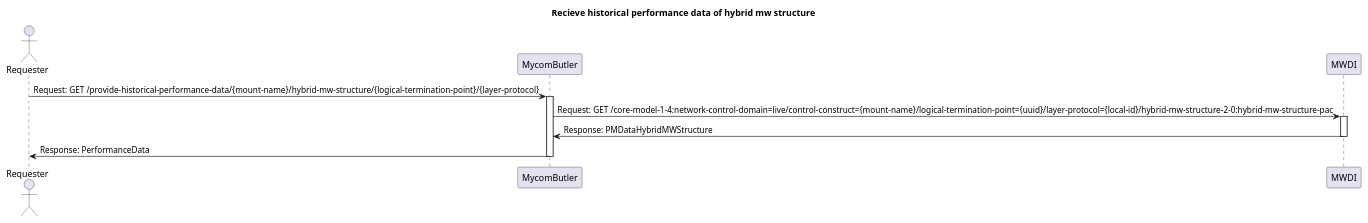
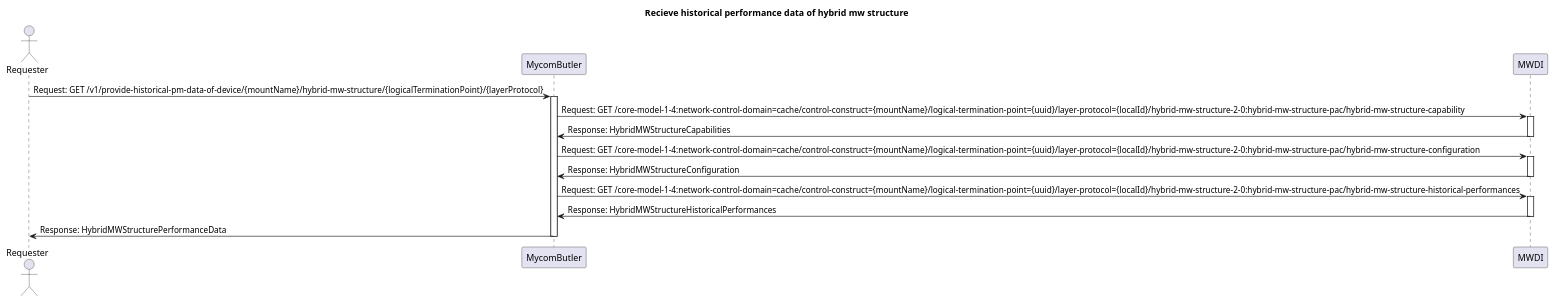
The diagram in spec/diagrams/historical-performance-data-hybrid-mw-structure.plantuml (openBackhaul/MycomButler), drawn with PlantUML before and after one commit. The commit also changed 5 other files, not shown here.

Commit message:
Update seq. diagram to new mwdi endpoints

```diff
--- a/spec/diagrams/historical-performance-data-hybrid-mw-structure.plantuml
+++ b/spec/diagrams/historical-performance-data-hybrid-mw-structure.plantuml
@@ -1,21 +1,30 @@
 @startuml Recieve_PM_data_hybrid_mw_structure
 title "Recieve historical performance data of hybrid mw structure"
 
 actor Requester
 participant MycomButler
 participant MWDI
 
-Requester -> MycomButler: Request: GET /provide-historical-performance-data/{mount-name}/hybrid-mw-structure/{logical-termination-point}/{layer-protocol}
+Requester -> MycomButler: Request: GET /v1/provide-historical-pm-data-of-device/{mountName}/hybrid-mw-structure/{logicalTerminationPoint}/{layerProtocol}
+activate MycomButler
 
-activate MycomButler
-MycomButler -> MWDI: Request: GET /core-model-1-4:network-control-domain=live/control-construct={mount-name}/logical-termination-point={uuid}/layer-protocol={local-id}/hybrid-mw-structure-2-0:hybrid-mw-structure-pac
+MycomButler -> MWDI: Request: GET /core-model-1-4:network-control-domain=cache/control-construct={mountName}/logical-termination-point={uuid}/layer-protocol={localId}/hybrid-mw-structure-2-0:hybrid-mw-structure-pac/hybrid-mw-structure-capability
+activate MWDI
+MWDI -> MycomButler: Response: HybridMWStructureCapabilities
+deactivate MWDI
 
+MycomButler -> MWDI: Request: GET /core-model-1-4:network-control-domain=cache/control-construct={mountName}/logical-termination-point={uuid}/layer-protocol={localId}/hybrid-mw-structure-2-0:hybrid-mw-structure-pac/hybrid-mw-structure-configuration
 activate MWDI
-MWDI -> MycomButler: Response: PMDataHybridMWStructure
+MWDI -> MycomButler: Response: HybridMWStructureConfiguration
+deactivate MWDI
 
+MycomButler -> MWDI: Request: GET /core-model-1-4:network-control-domain=cache/control-construct={mountName}/logical-termination-point={uuid}/layer-protocol={localId}/hybrid-mw-structure-2-0:hybrid-mw-structure-pac/hybrid-mw-structure-historical-performances
+activate MWDI
+MWDI -> MycomButler: Response: HybridMWStructureHistoricalPerformances
 deactivate MWDI
-MycomButler -> Requester: Response: PerformanceData
+
+MycomButler -> Requester: Response: HybridMWStructurePerformanceData
 
 deactivate MycomButler
 
 @enduml
```
